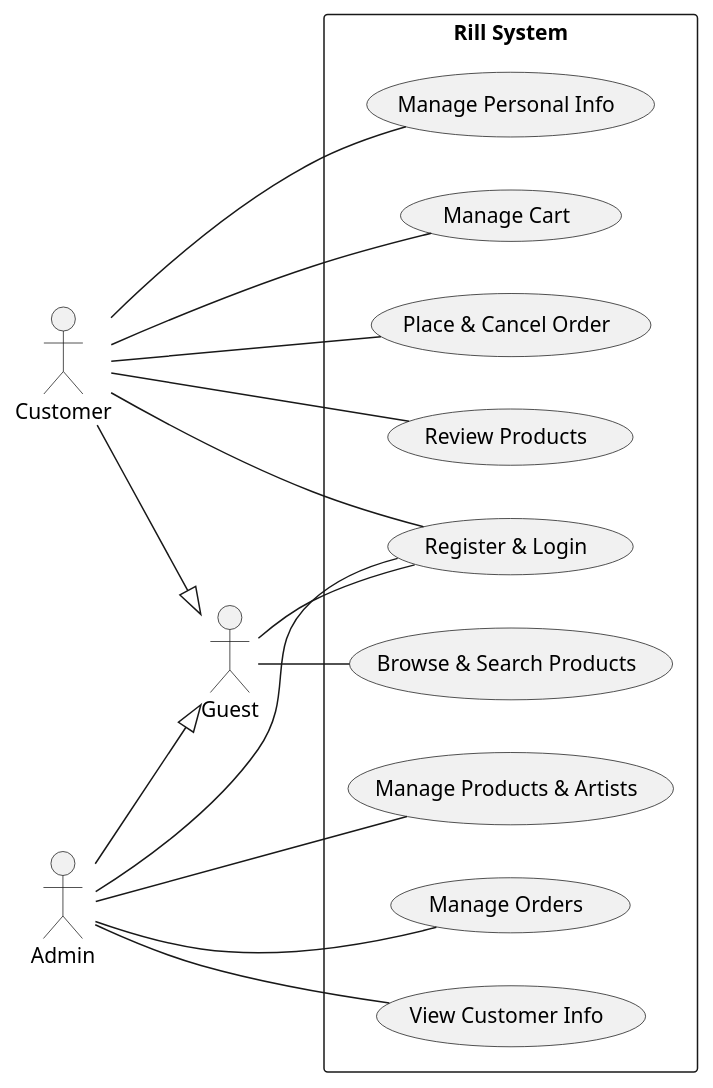
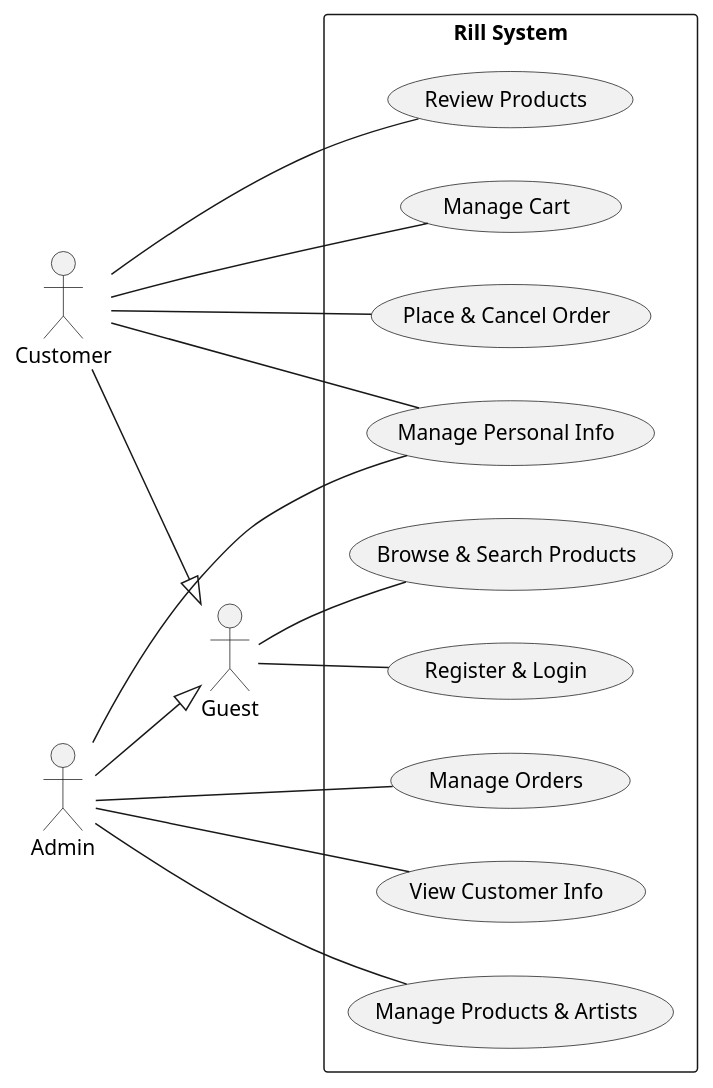
Before and after one commit to mttk2004/rill-system: the diagram in use-case/uc-0.puml, drawn with PlantUML. The commit also changed 10 other files, not shown here.

Commit message:
refactor: refine all diagrams

```diff
--- a/use-case/uc-0.puml
+++ b/use-case/uc-0.puml
@@ -1,41 +1,40 @@
 @startuml
 left to right direction
 
 actor Guest
 actor Customer
 actor Admin
 
 rectangle "Rill System" {
   usecase "Register & Login" as UC_Auth
   usecase "Manage Personal Info" as UC_Profile
   usecase "Browse & Search Products" as UC_Browse
   usecase "Manage Cart" as UC_Cart
   usecase "Place & Cancel Order" as UC_Order
   usecase "Review Products" as UC_Review
   usecase "Manage Products & Artists" as UC_Admin_Product
   usecase "Manage Orders" as UC_Admin_Order
   usecase "View Customer Info" as UC_Admin_Customer
 }
 
 ' Actor Relationships
 Customer --|> Guest
 Admin --|> Guest
 
 ' Guest Use Cases
 Guest -- UC_Auth
 Guest -- UC_Browse
 
 ' Customer Use Cases
-Customer -- UC_Auth
 Customer -- UC_Profile
 Customer -- UC_Cart
 Customer -- UC_Order
 Customer -- UC_Review
 
 ' Admin Use Cases
-Admin -- UC_Auth
+Admin -- UC_Profile
 Admin -- UC_Admin_Product
 Admin -- UC_Admin_Order
 Admin -- UC_Admin_Customer
 
 @enduml
```
